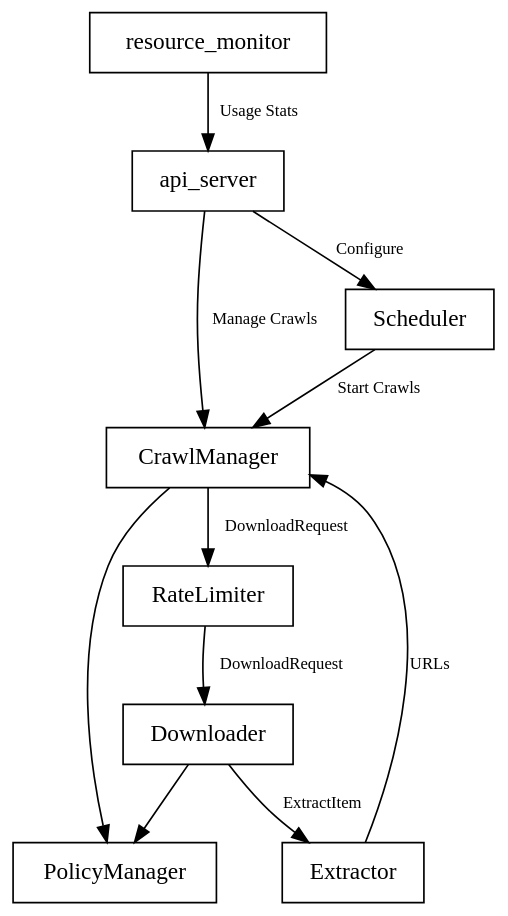
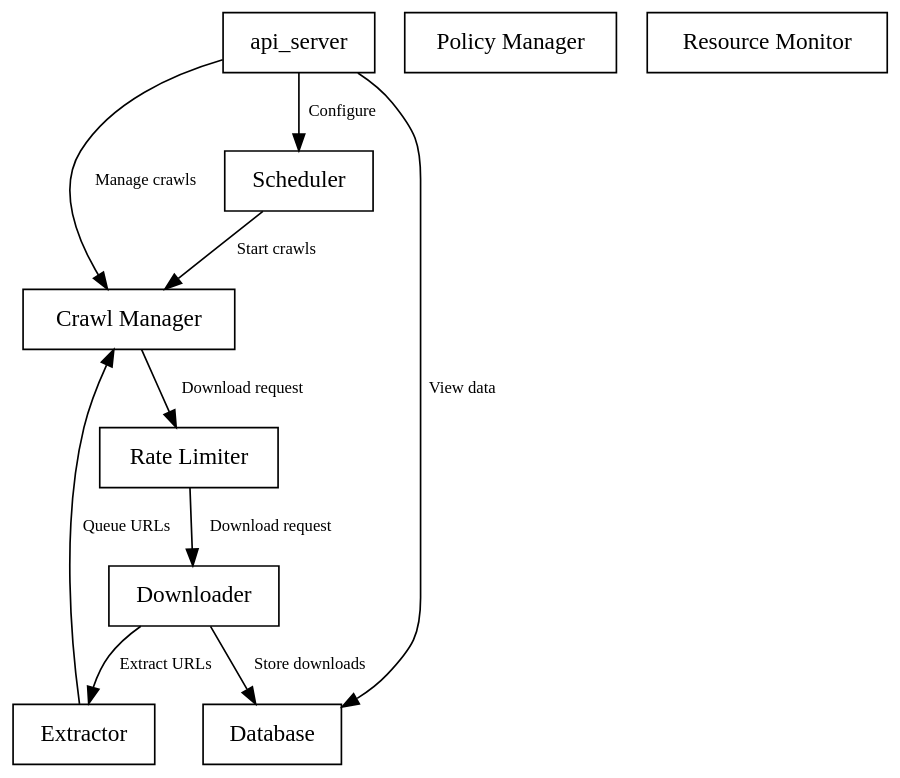
One commit to HyperionGray/starbelly changed the second of 2 diagrams in docs/internals.rst. Above: the diagram before and after it, drawn with Graphviz. The commit also changed other lines of this file and 9 other files, not shown here.

Commit message:
Port resource monitor to Trio

```diff
--- a/docs/internals.rst
+++ b/docs/internals.rst
@@ -71,29 +73,29 @@
 .. graphviz::
 
     digraph system_diagram {
         graph [bgcolor=transparent];
         node [shape=box];
         edge [fontsize=10];
 
         // Nodes
         api_server;
-        crawl_manager [label="CrawlManager"];
-        policy_manager [label="PolicyManager",href="#policy"];
-        rate_limiter [label="RateLimiter",href="#rate-limiter"];
+        crawl_manager [label="Crawl Manager"];
+        policy_manager [label="Policy Manager",href="#policy"];
+        rate_limiter [label="Rate Limiter",href="#rate-limiter"];
         downloader [label="Downloader",href="#downloader"];
         extractor [label="Extractor",href="#extractor"];
-        resource_monitor;
+        resource_monitor [label="Resource Monitor", href="#resource-monitor"];
         scheduler [label="Scheduler",href="#scheduler"];
+        database [label="Database",href="#database"]
 
         // Edges
-        api_server -> crawl_manager [label="Manage Crawls"];
+        api_server -> crawl_manager [label="Manage crawls"];
         api_server -> scheduler [label="Configure"];
-        resource_monitor -> api_server [label="Usage Stats"];
-        scheduler -> crawl_manager [label="Start Crawls"];
-        crawl_manager -> rate_limiter [label="DownloadRequest"];
-        crawl_manager -> policy_manager;
-        rate_limiter -> downloader [label="DownloadRequest"];
-        downloader -> extractor [label="ExtractItem"];
-        downloader -> policy_manager;
-        extractor -> crawl_manager [label="URLs"];
+        api_server -> database [label="View data"];
+        scheduler -> crawl_manager [label="Start crawls"];
+        crawl_manager -> rate_limiter [label="Download request"];
+        rate_limiter -> downloader [label="Download request"];
+        downloader -> extractor [label="Extract URLs"];
+        downloader -> database [label="Store downloads"];
+        extractor -> crawl_manager [label="Queue URLs"];
     }
```
